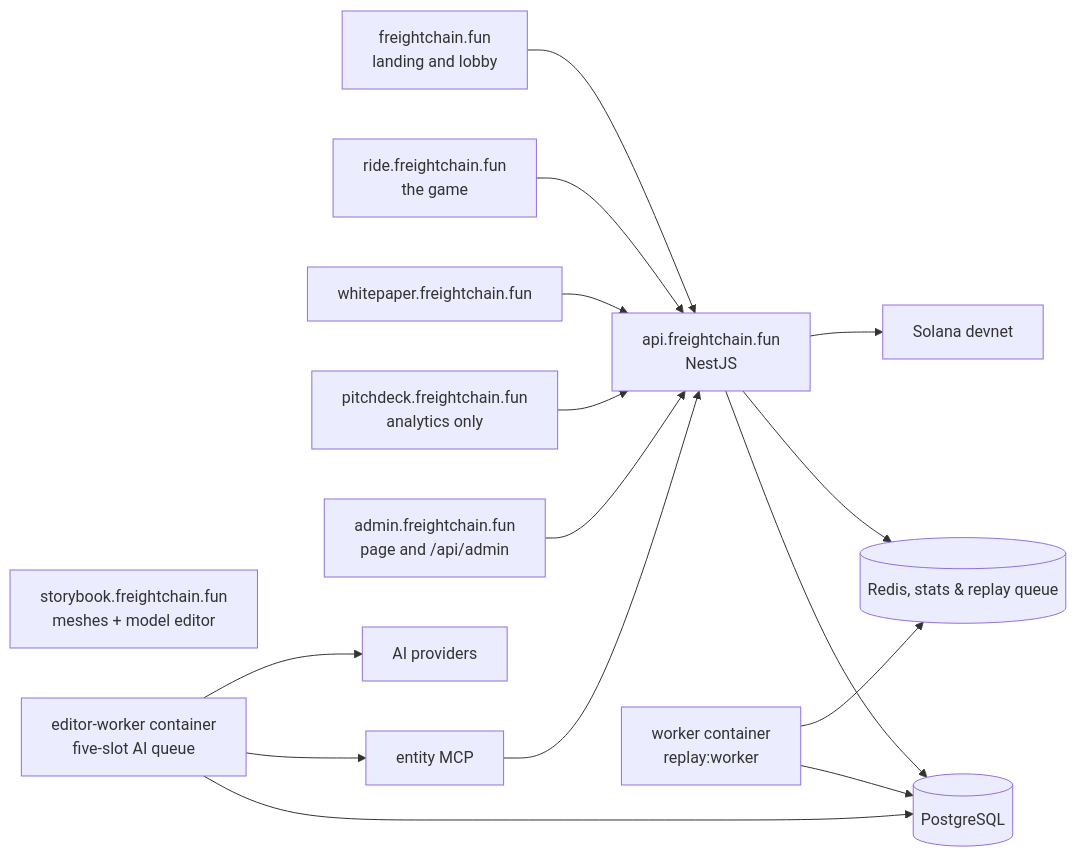
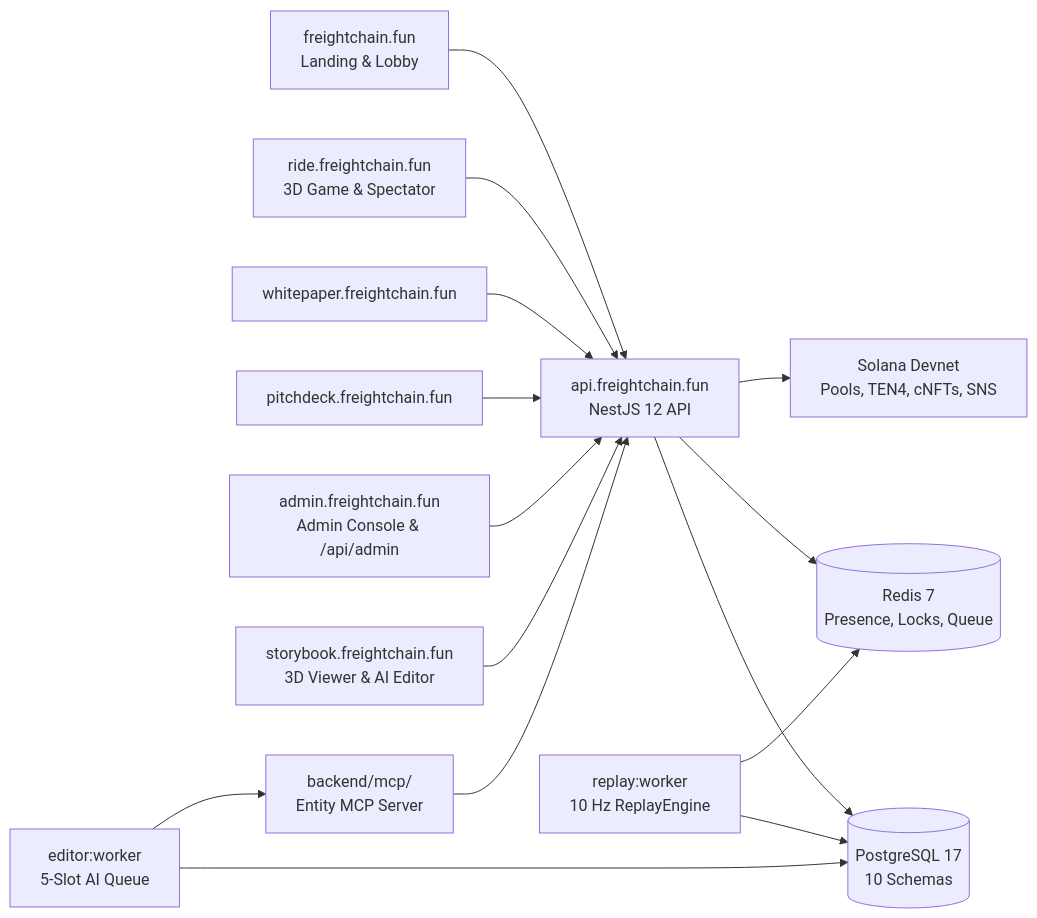
The second of 2 diagrams in README.md (recferret-bit/freightchain), drawn with Mermaid before and after one commit. The commit also changed other lines of this file and 1 other file, not shown here.

Commit message:
docs: streamline README for Solana and Colosseum judges

````diff
--- a/README.md
+++ b/README.md
@@ -433,18 +227,17 @@
 ```mermaid
 flowchart LR
-  landing["freightchain.fun<br/>landing and lobby"] --> api["api.freightchain.fun<br/>NestJS"]
-  ride["ride.freightchain.fun<br/>the game"] --> api
+  landing["freightchain.fun<br/>Landing & Lobby"] --> api["api.freightchain.fun<br/>NestJS 12 API"]
+  ride["ride.freightchain.fun<br/>3D Game & Spectator"] --> api
   paper["whitepaper.freightchain.fun"] --> api
-  deck["pitchdeck.freightchain.fun<br/>analytics only"] --> api
-  admin["admin.freightchain.fun<br/>page and /api/admin"] --> api
-  story["storybook.freightchain.fun<br/>meshes + model editor"]
-  api --> pg[(PostgreSQL)]
-  api --> redis[(Redis, stats & replay queue)]
-  worker["worker container<br/>replay:worker"] --> pg
+  deck["pitchdeck.freightchain.fun"] --> api
+  admin["admin.freightchain.fun<br/>Admin Console & /api/admin"] --> api
+  story["storybook.freightchain.fun<br/>3D Viewer & AI Editor"] --> api
+  api --> pg[(PostgreSQL 17<br/>10 Schemas)]
+  api --> redis[(Redis 7<br/>Presence, Locks, Queue)]
+  worker["replay:worker<br/>10 Hz ReplayEngine"] --> pg
   worker --> redis
-  ai["editor-worker container<br/>five-slot AI queue"] --> pg
-  ai --> mcp["entity MCP"]
+  ai["editor:worker<br/>5-Slot AI Queue"] --> pg
+  ai --> mcp["backend/mcp/<br/>Entity MCP Server"]
   mcp --> api
-  ai --> providers["AI providers"]
-  api --> chain["Solana devnet"]
+  api --> chain["Solana Devnet<br/>Pools, TEN4, cNFTs, SNS"]
 ```
````
